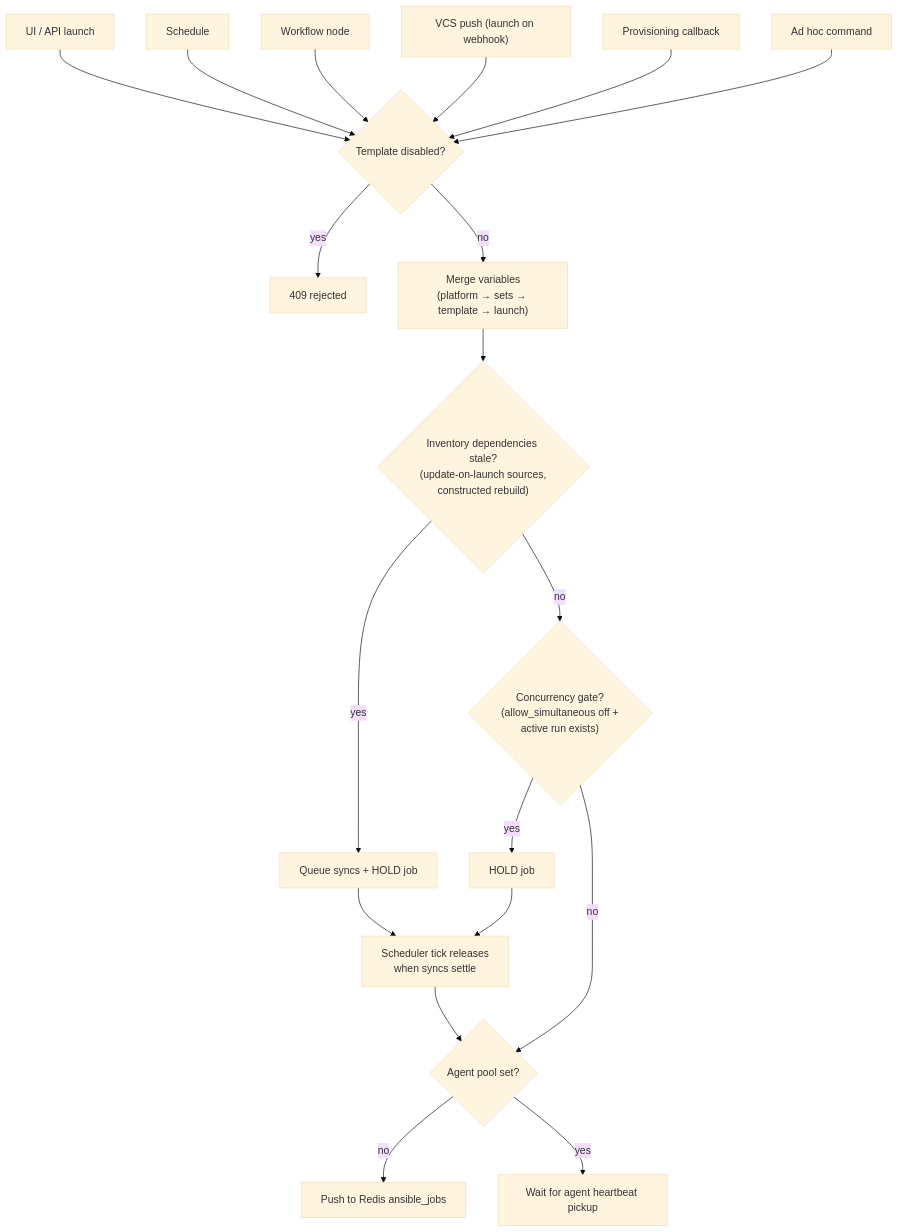
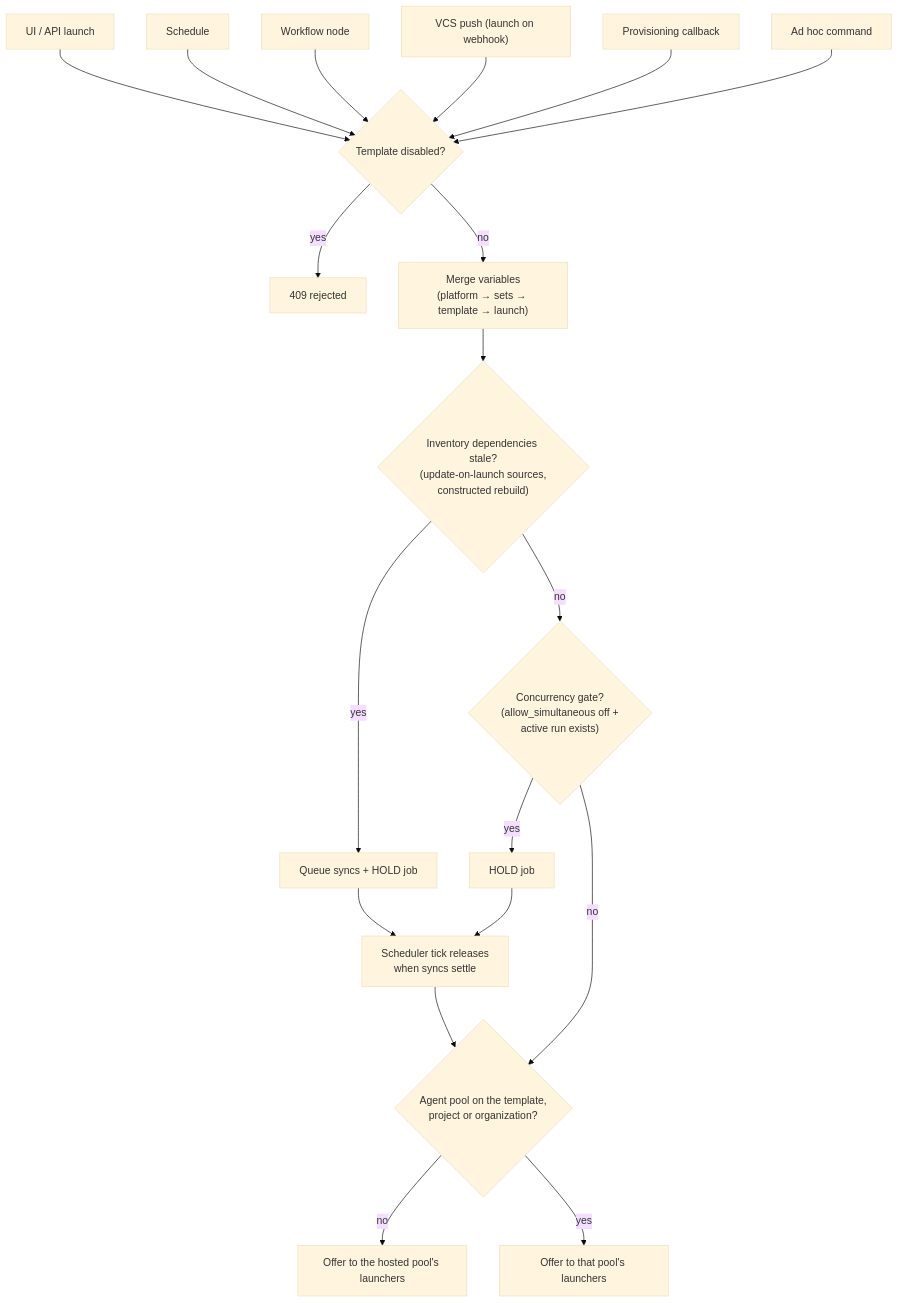
The second of 7 diagrams in docs/features/ansible/execution-flows.md (vhco-pro/stackweaver-frontend), drawn with Mermaid (base theme) before and after one commit. The commit also changed other lines of this file and 118 other files, not shown here.

````diff
--- a/docs/features/ansible/execution-flows.md
+++ b/docs/features/ansible/execution-flows.md
@@ -132,21 +137,21 @@
 ```mermaid
 flowchart TD
     L1["UI / API launch"] --> GATE
     L2["Schedule"] --> GATE
     L3["Workflow node"] --> GATE
     L4["VCS push (launch on webhook)"] --> GATE
     L5["Provisioning callback"] --> GATE
     L6["Ad hoc command"] --> GATE
     GATE{"Template disabled?"} -->|yes| REJ["409 rejected"]
     GATE -->|no| VARS["Merge variables<br/>(platform → sets → template → launch)"]
     VARS --> DEP{"Inventory dependencies stale?<br/>(update-on-launch sources,<br/>constructed rebuild)"}
     DEP -->|yes| SYNC["Queue syncs + HOLD job"]
     DEP -->|no| CONC{"Concurrency gate?<br/>(allow_simultaneous off +<br/>active run exists)"}
     CONC -->|yes| HOLD["HOLD job"]
     CONC -->|no| DISPATCH
     SYNC --> TICK["Scheduler tick releases<br/>when syncs settle"]
     HOLD --> TICK
-    TICK --> DISPATCH{"Agent pool set?"}
-    DISPATCH -->|no| Q["Push to Redis ansible_jobs"]
-    DISPATCH -->|yes| POLL["Wait for agent heartbeat pickup"]
+    TICK --> DISPATCH{"Agent pool on the template,<br/>project or organization?"}
+    DISPATCH -->|no| HOSTED["Offer to the hosted pool's launchers"]
+    DISPATCH -->|yes| POLL["Offer to that pool's launchers"]
 ```
````
